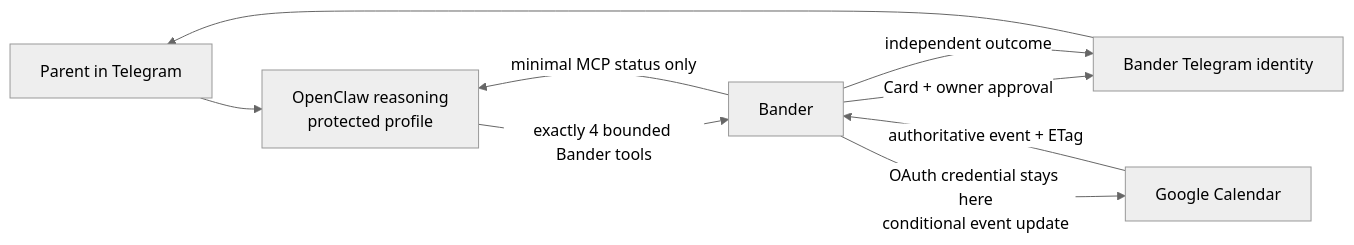
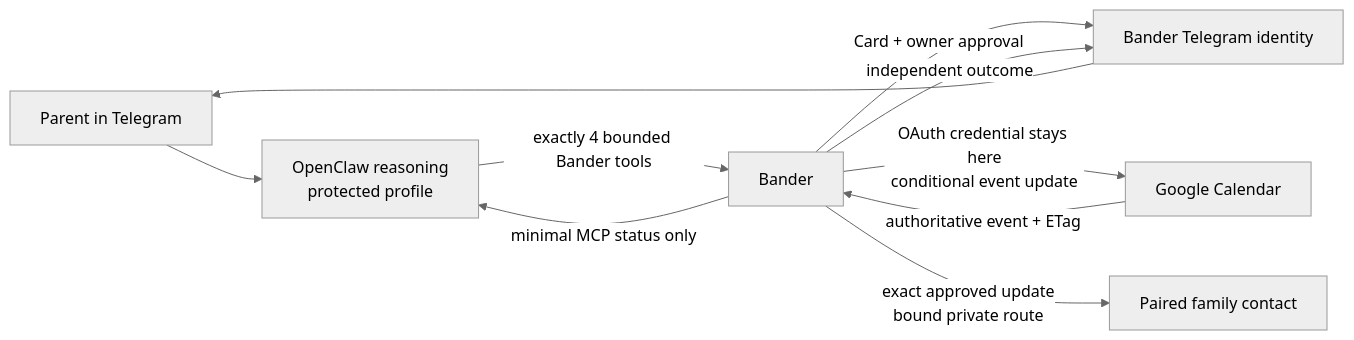
Before and after one commit to gowtham0992/bander: the diagram in README.md, drawn with Mermaid (neutral theme). The commit also changed other lines of this file and 21 other files, not shown here.

Commit message:
Add approved Calendar and family update deal

````diff
--- a/README.md
+++ b/README.md
@@ -49,11 +51,12 @@
 ```mermaid
 flowchart LR
     P["Parent in Telegram"] --> O["OpenClaw reasoning<br/>protected profile"]
     O -->|"exactly 4 bounded Bander tools"| B["Bander"]
     B -->|"minimal MCP status only"| O
     B -->|"Card + owner approval"| T["Bander Telegram identity"]
     T --> P
     B -->|"OAuth credential stays here<br/>conditional event update"| G["Google Calendar"]
     G -->|"authoritative event + ETag"| B
+    B -->|"exact approved update<br/>bound private route"| F["Paired family contact"]
     B -->|"independent outcome"| T
 ```
````
